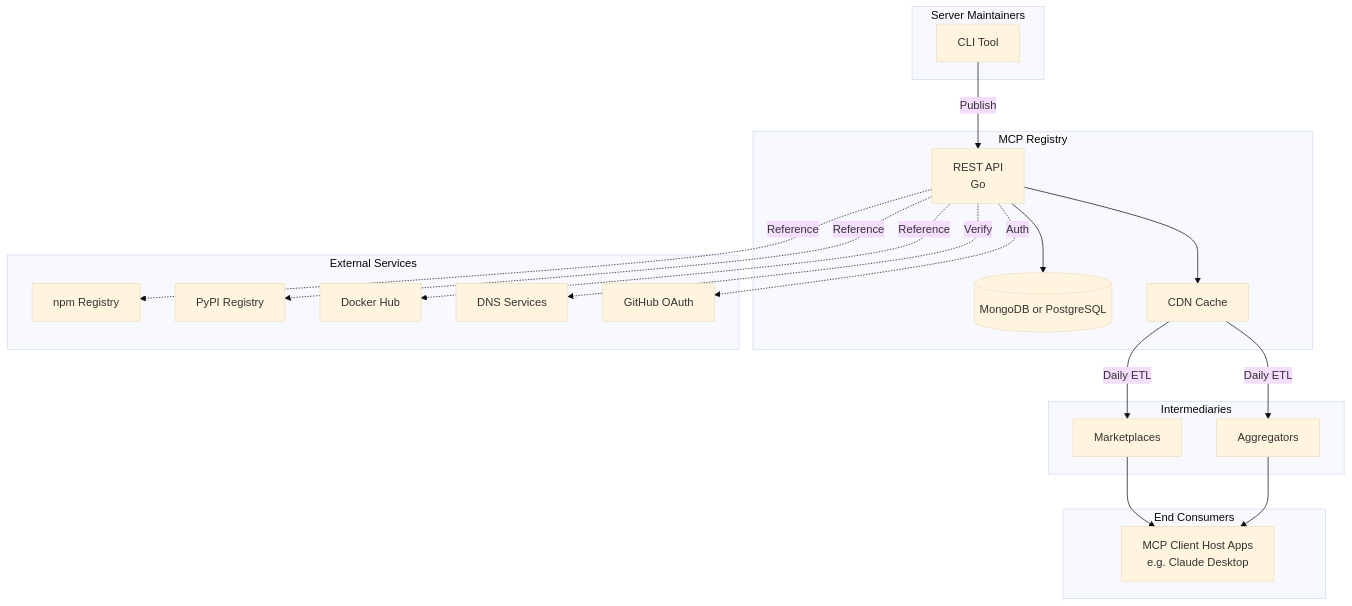
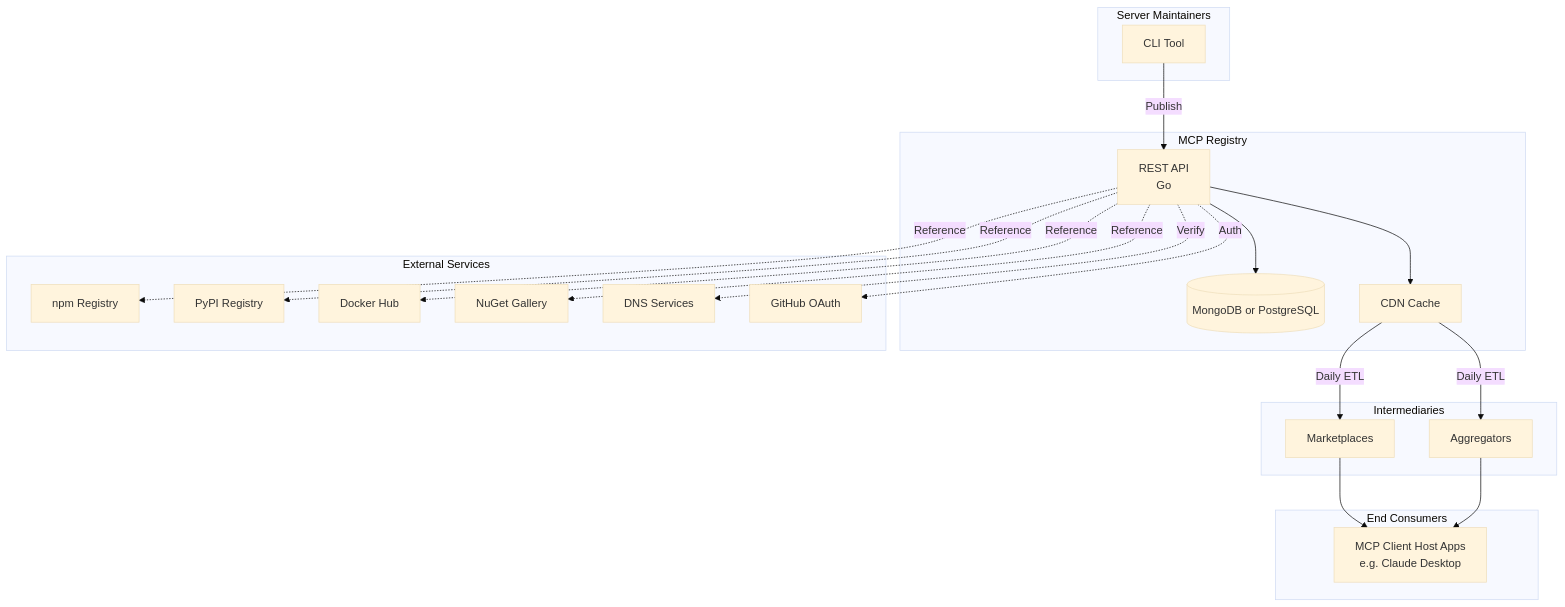
The first of 5 diagrams in docs/architecture.md (zzstoatzz/registry), drawn with Mermaid (base theme) before and after one commit. The commit also changed 6 other files, not shown here.

````diff
--- a/docs/architecture.md
+++ b/docs/architecture.md
@@ -9,42 +9,44 @@
 ```mermaid
 graph TB
     subgraph "Server Maintainers"
         CLI[CLI Tool]
     end
     
     subgraph "MCP Registry"
         API[REST API<br/>Go]
         DB[(MongoDB or PostgreSQL)]
         CDN[CDN Cache]
     end
     
     subgraph "Intermediaries"
         MKT[Marketplaces]
         AGG[Aggregators]
     end
     
     subgraph "End Consumers"
         MC[MCP Client Host Apps<br/>e.g. Claude Desktop]
     end
     
     subgraph "External Services"
         NPM[npm Registry]
         PYPI[PyPI Registry]
         DOCKER[Docker Hub]
+        NUGET[NuGet Gallery]
         DNS[DNS Services]
         GH[GitHub OAuth]
     end
     
     CLI --> |Publish| API
     API --> DB
     API --> CDN
     CDN --> |Daily ETL| MKT
     CDN --> |Daily ETL| AGG
     MKT --> MC
     AGG --> MC
     API -.-> |Auth| GH
     API -.-> |Verify| DNS
     API -.-> |Reference| NPM
     API -.-> |Reference| PYPI
+    API -.-> |Reference| NUGET
     API -.-> |Reference| DOCKER
 ```
````
